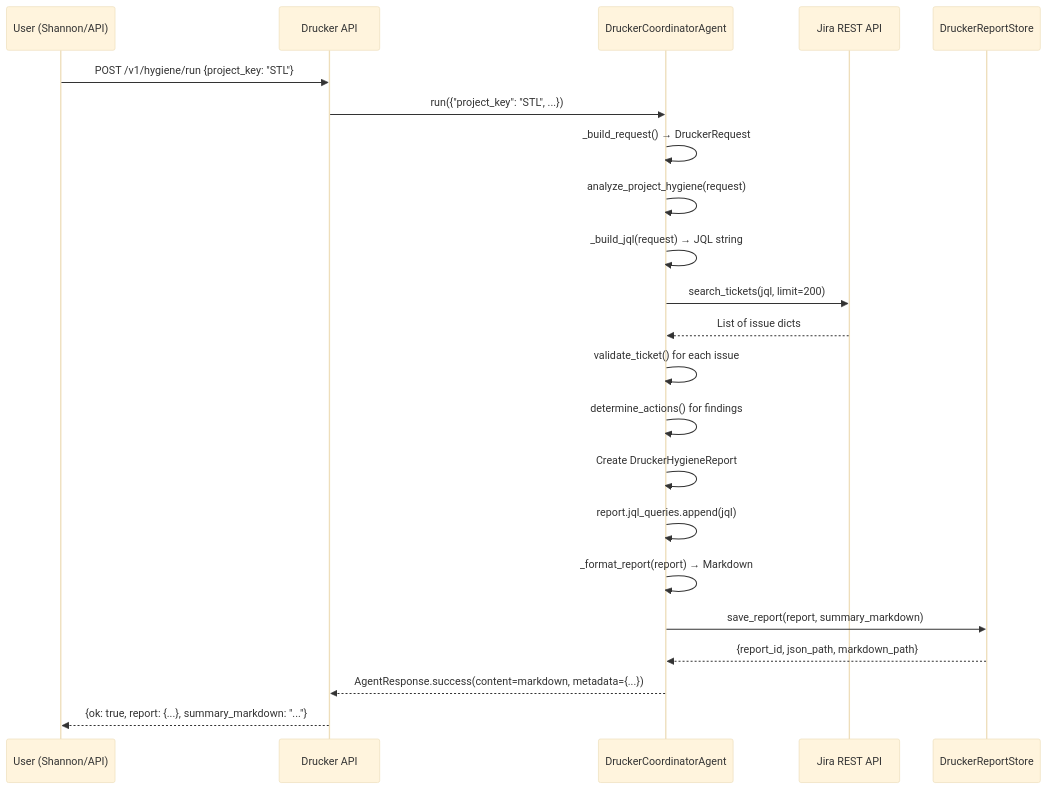
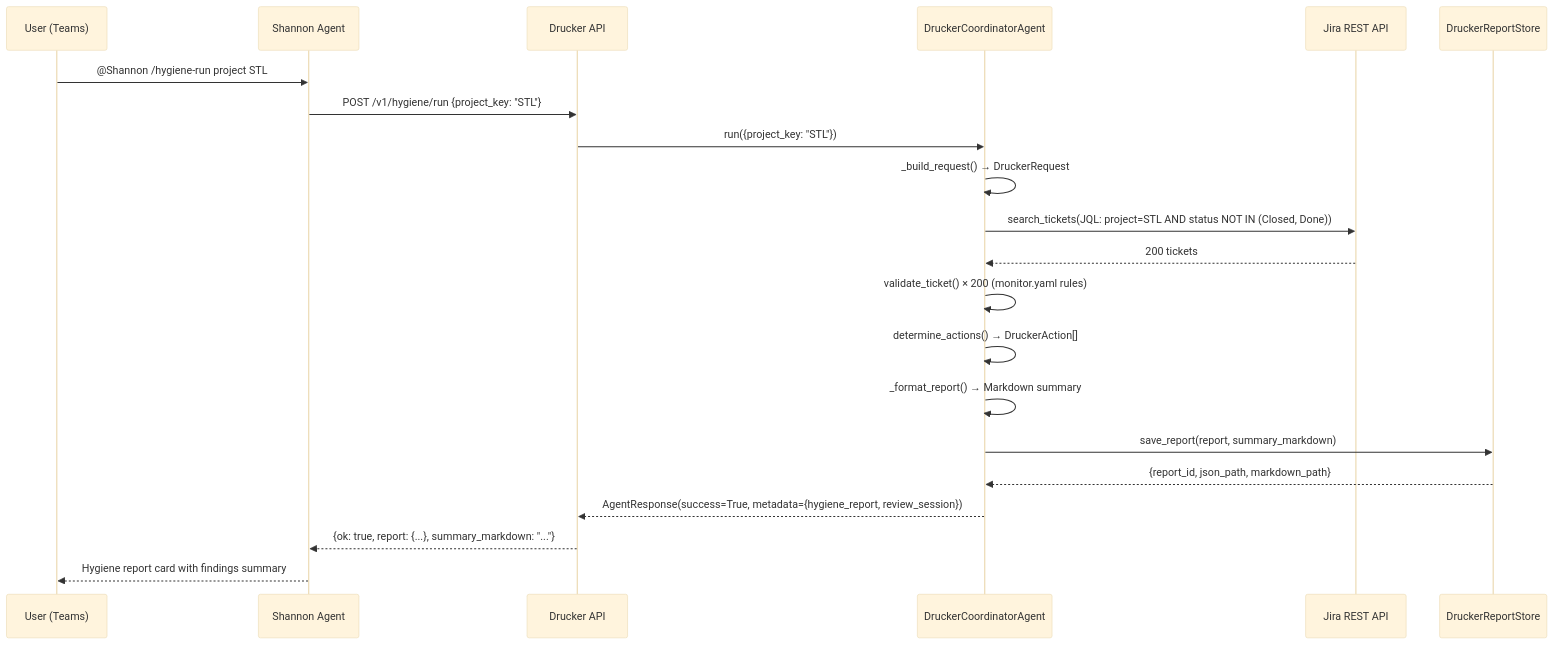
One commit to jmac-cornelis/agent-workforce changed the second of 4 diagrams in docs/agents-drucker.md. Above: the diagram before and after it, drawn with Mermaid (base theme). The commit also changed other lines of this file and 4 other files, not shown here.

````diff
--- a/docs/agents-drucker.md
+++ b/docs/agents-drucker.md
@@ -112,25 +107,24 @@
 ```mermaid
 sequenceDiagram
-    participant User as User (Shannon/API)
+    participant User as User (Teams)
+    participant Shannon as Shannon Agent
     participant API as Drucker API
     participant Agent as DruckerCoordinatorAgent
     participant Jira as Jira REST API
     participant Store as DruckerReportStore
 
-    User->>API: POST /v1/hygiene/run {project_key: "STL"}
-    API->>Agent: run({"project_key": "STL", ...})
+    User->>Shannon: @Shannon /hygiene-run project STL
+    Shannon->>API: POST /v1/hygiene/run {project_key: "STL"}
+    API->>Agent: run({project_key: "STL"})
     Agent->>Agent: _build_request() → DruckerRequest
-    Agent->>Agent: analyze_project_hygiene(request)
-    Agent->>Agent: _build_jql(request) → JQL string
-    Agent->>Jira: search_tickets(jql, limit=200)
-    Jira-->>Agent: List of issue dicts
-    Agent->>Agent: validate_ticket() for each issue
-    Agent->>Agent: determine_actions() for findings
-    Agent->>Agent: Create DruckerHygieneReport
-    Agent->>Agent: report.jql_queries.append(jql)
-    Agent->>Agent: _format_report(report) → Markdown
+    Agent->>Jira: search_tickets(JQL: project=STL AND status NOT IN (Closed, Done))
+    Jira-->>Agent: 200 tickets
+    Agent->>Agent: validate_ticket() × 200 (monitor.yaml rules)
+    Agent->>Agent: determine_actions() → DruckerAction[]
+    Agent->>Agent: _format_report() → Markdown summary
     Agent->>Store: save_report(report, summary_markdown)
     Store-->>Agent: {report_id, json_path, markdown_path}
-    Agent-->>API: AgentResponse.success(content=markdown, metadata={...})
-    API-->>User: {ok: true, report: {...}, summary_markdown: "..."}
+    Agent-->>API: AgentResponse(success=True, metadata={hygiene_report, review_session})
+    API-->>Shannon: {ok: true, report: {...}, summary_markdown: "..."}
+    Shannon-->>User: Hygiene report card with findings summary
 ```
````
